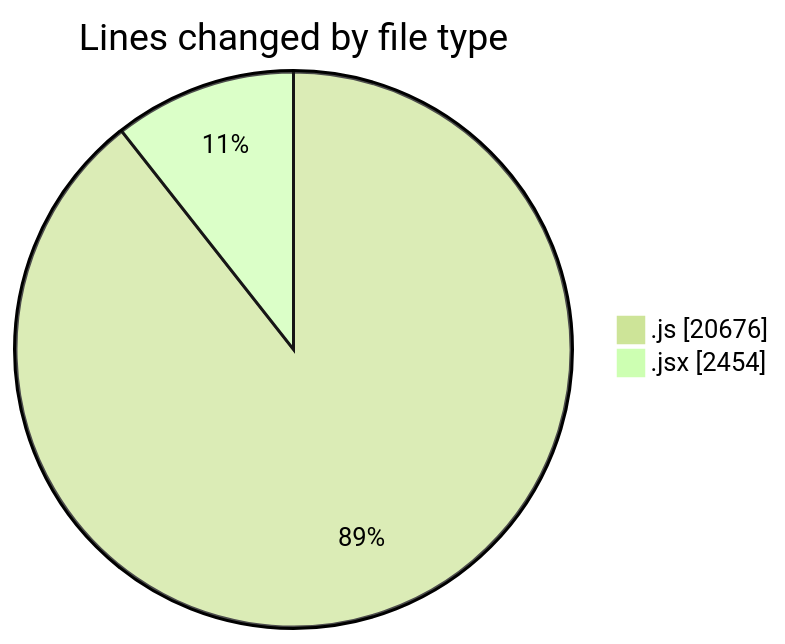
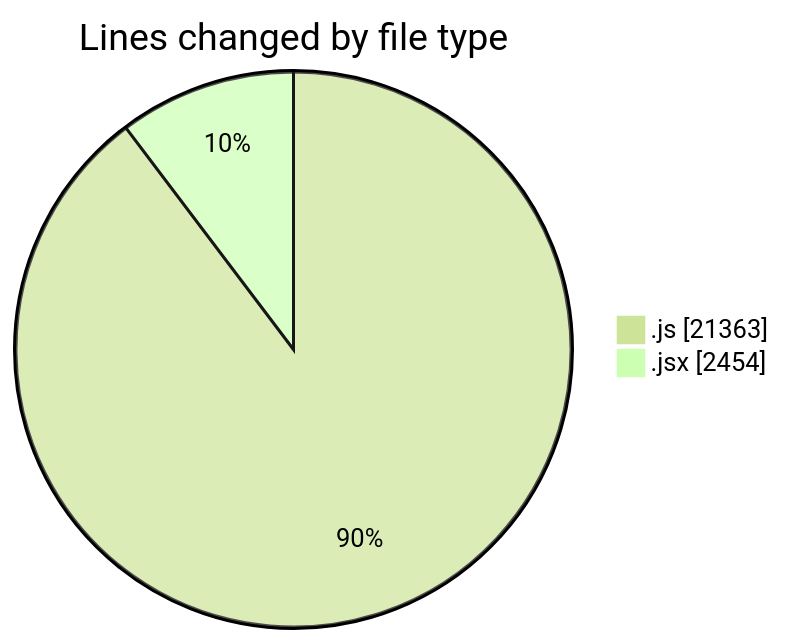
One commit to nxtqubesakshisongat/code-tracking changed the first of 2 diagrams in 2025-09-30/nxtqube_webapp/README.md. Above: the diagram before and after it, drawn with Mermaid (forest theme). The commit also changed other lines of this file and 1 other file, not shown here.

````diff
--- a/2025-09-30/nxtqube_webapp/README.md
+++ b/2025-09-30/nxtqube_webapp/README.md
@@ -23,6 +23,6 @@
 ```mermaid
 pie showData
 title Lines changed by file type
-".js" : 20676
+".js" : 21363
 ".jsx" : 2454
 ```
````
